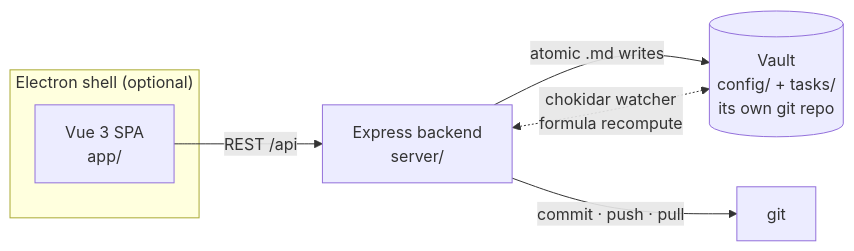
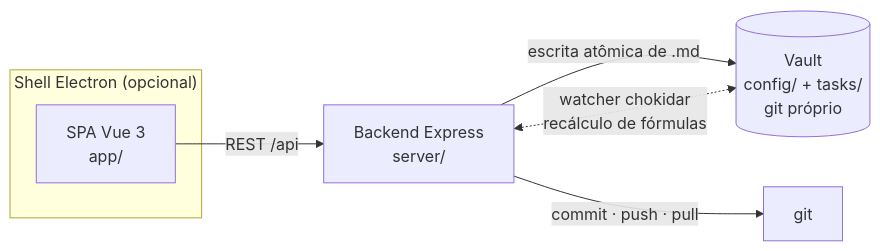
Before and after one commit to JairAragao/basalt: the diagram in README.md, drawn with Mermaid. The commit also changed other lines of this file and 13 other files, not shown here.

````diff
--- a/README.md
+++ b/README.md
@@ -86,10 +90,10 @@
 ```mermaid
 flowchart LR
-  subgraph Shell["Electron shell (optional)"]
-    UI[Vue 3 SPA<br/>app/]
+  subgraph Shell["Shell Electron (opcional)"]
+    UI[SPA Vue 3<br/>app/]
   end
-  UI -->|REST /api| SRV[Express backend<br/>server/]
-  SRV -->|atomic .md writes| VAULT[(Vault<br/>config/ + tasks/<br/>its own git repo)]
+  UI -->|REST /api| SRV[Backend Express<br/>server/]
+  SRV -->|escrita atômica de .md| VAULT[(Vault<br/>config/ + tasks/<br/>git próprio)]
   SRV -->|commit · push · pull| GIT[git]
-  SRV <-.->|chokidar watcher<br/>formula recompute| VAULT
+  SRV <-.->|watcher chokidar<br/>recálculo de fórmulas| VAULT
 ```
````
